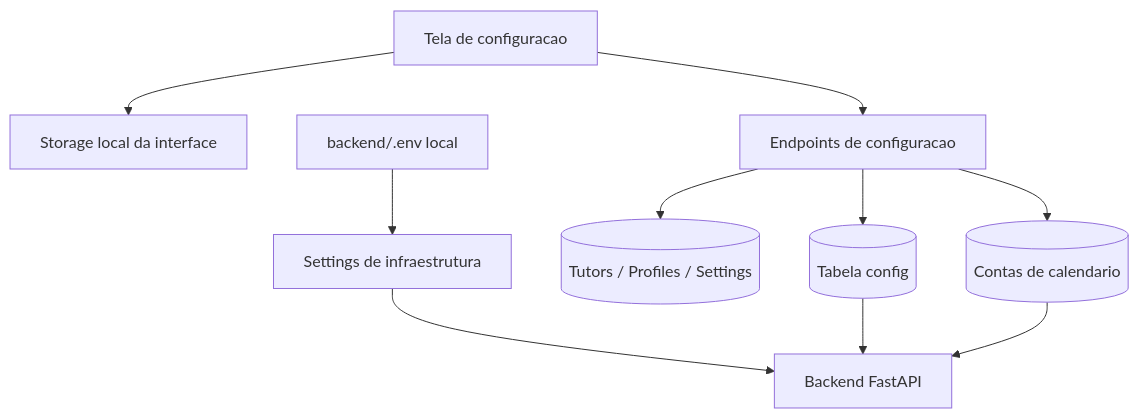
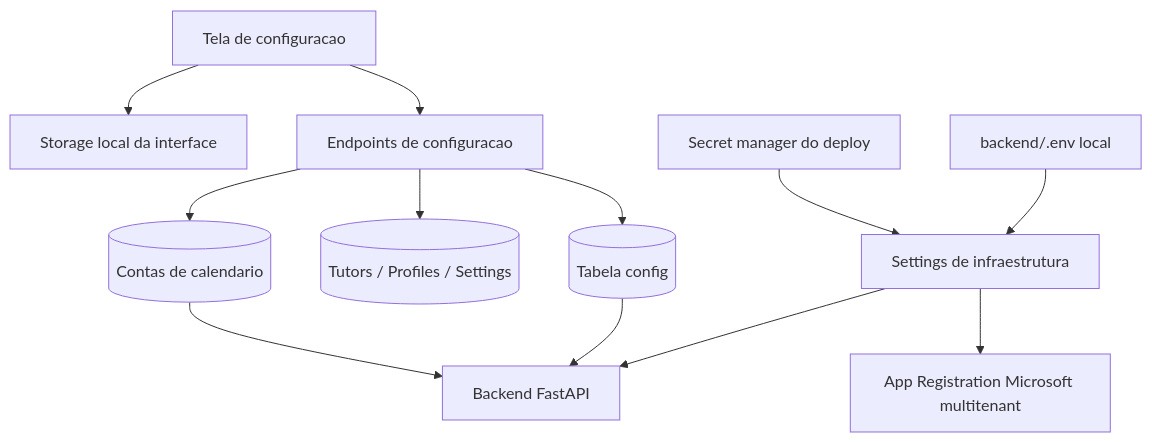
The third of 9 diagrams in README.md (m4n1nh0/assistant_app), drawn with Mermaid before and after one commit. The commit also changed other lines of this file and 19 other files, not shown here.

````diff
--- a/README.md
+++ b/README.md
@@ -152,14 +153,16 @@
 ```mermaid
 flowchart TD
     Config[Tela de configuracao] --> LocalStore[Storage local da interface]
     Config --> BackendConfig[Endpoints de configuracao]
 
     BackendConfig --> ConfigTable[(Tabela config)]
     BackendConfig --> TutorTables[(Tutors / Profiles / Settings)]
     BackendConfig --> CalendarAccounts[(Contas de calendario)]
 
     Env[backend/.env local] --> Runtime[Settings de infraestrutura]
+    SecretManager[Secret manager do deploy] --> Runtime
+    Runtime --> MicrosoftApp[App Registration Microsoft multitenant]
     Runtime --> Backend[Backend FastAPI]
     ConfigTable --> Backend
     CalendarAccounts --> Backend
 ```
````
